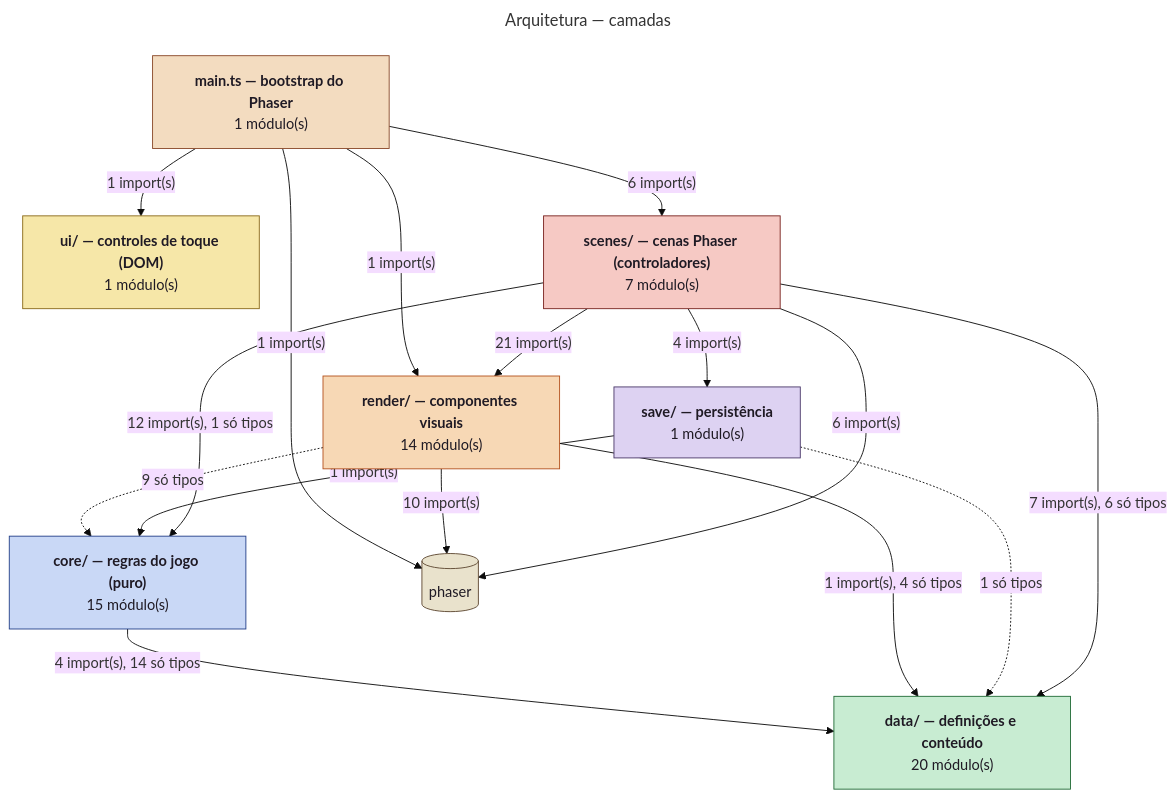
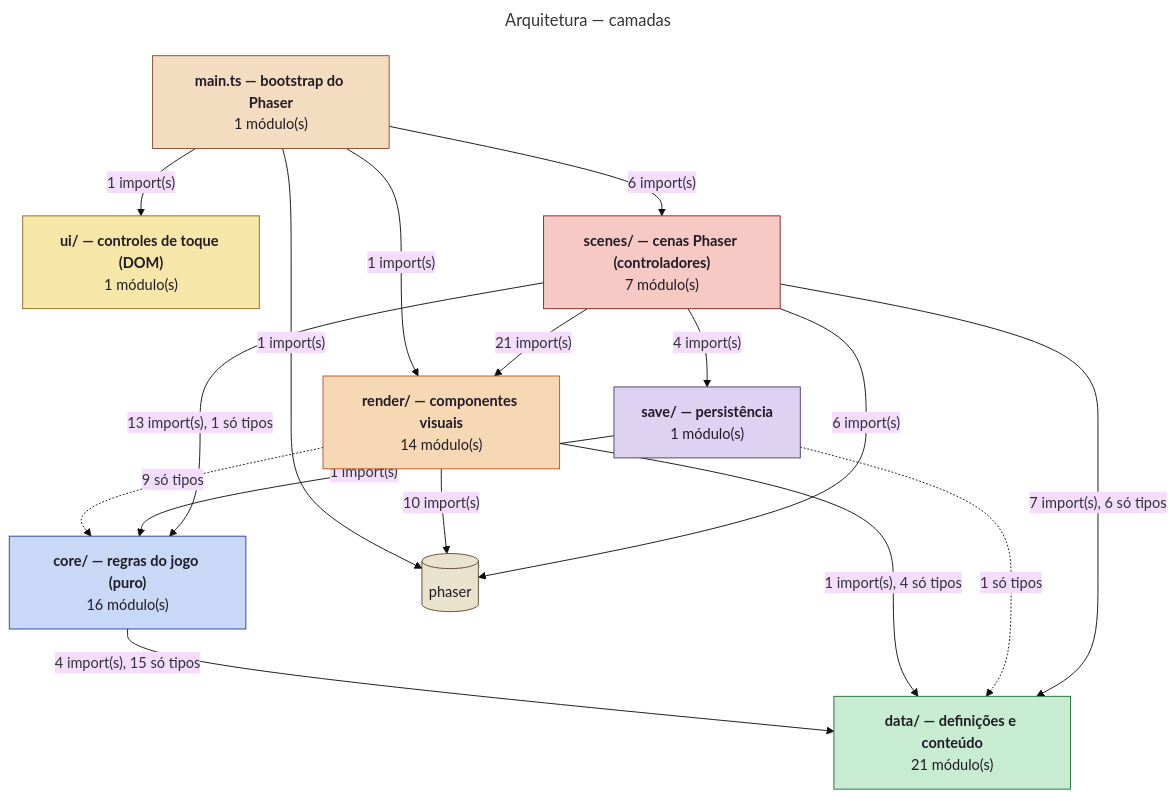
Before and after one commit to Pitossomos/fire-crest: the first of 2 diagrams in docs/diagrams/architecture.md, drawn with Mermaid (base theme). The commit also changed other lines of this file and 42 other files, not shown here.

````diff
--- a/docs/diagrams/architecture.md
+++ b/docs/diagrams/architecture.md
@@ -11,37 +11,37 @@
 ```mermaid
 ---
 title: Arquitetura — camadas
 ---
 flowchart TB
   app["<b>main.ts — bootstrap do Phaser</b><br/>1 módulo(s)"]:::layer_app
   ui["<b>ui/ — controles de toque (DOM)</b><br/>1 módulo(s)"]:::layer_ui
   scenes["<b>scenes/ — cenas Phaser (controladores)</b><br/>7 módulo(s)"]:::layer_scenes
   render["<b>render/ — componentes visuais</b><br/>14 módulo(s)"]:::layer_render
-  core["<b>core/ — regras do jogo (puro)</b><br/>15 módulo(s)"]:::layer_core
-  data["<b>data/ — definições e conteúdo</b><br/>20 módulo(s)"]:::layer_data
+  core["<b>core/ — regras do jogo (puro)</b><br/>16 módulo(s)"]:::layer_core
+  data["<b>data/ — definições e conteúdo</b><br/>21 módulo(s)"]:::layer_data
   save["<b>save/ — persistência</b><br/>1 módulo(s)"]:::layer_save
   ext_phaser[("phaser")]:::external
   app -->|"1 import(s)"| ext_phaser
   app -->|"1 import(s)"| render
   app -->|"6 import(s)"| scenes
   app -->|"1 import(s)"| ui
-  core -->|"4 import(s), 14 só tipos"| data
+  core -->|"4 import(s), 15 só tipos"| data
   render -.->|"9 só tipos"| core
   render -->|"1 import(s), 4 só tipos"| data
   render -->|"10 import(s)"| ext_phaser
   save -->|"1 import(s)"| core
   save -.->|"1 só tipos"| data
-  scenes -->|"12 import(s), 1 só tipos"| core
+  scenes -->|"13 import(s), 1 só tipos"| core
   scenes -->|"7 import(s), 6 só tipos"| data
   scenes -->|"6 import(s)"| ext_phaser
   scenes -->|"21 import(s)"| render
   scenes -->|"4 import(s)"| save
   classDef external fill:#e9e2cc,stroke:#5c4630,color:#1f1a24
   classDef layer_app fill:#f3dcc0,stroke:#8a4a2a,color:#1f1a24
   classDef layer_scenes fill:#f6c9c4,stroke:#7a2420,color:#1f1a24
   classDef layer_render fill:#f7d8b5,stroke:#b4531f,color:#1f1a24
   classDef layer_core fill:#c9d8f6,stroke:#24418a,color:#1f1a24
   classDef layer_data fill:#c8ecd2,stroke:#226b37,color:#1f1a24
   classDef layer_save fill:#ddd2f2,stroke:#4b3a6b,color:#1f1a24
   classDef layer_ui fill:#f6e7a8,stroke:#8a6a1a,color:#1f1a24
 ```
````
